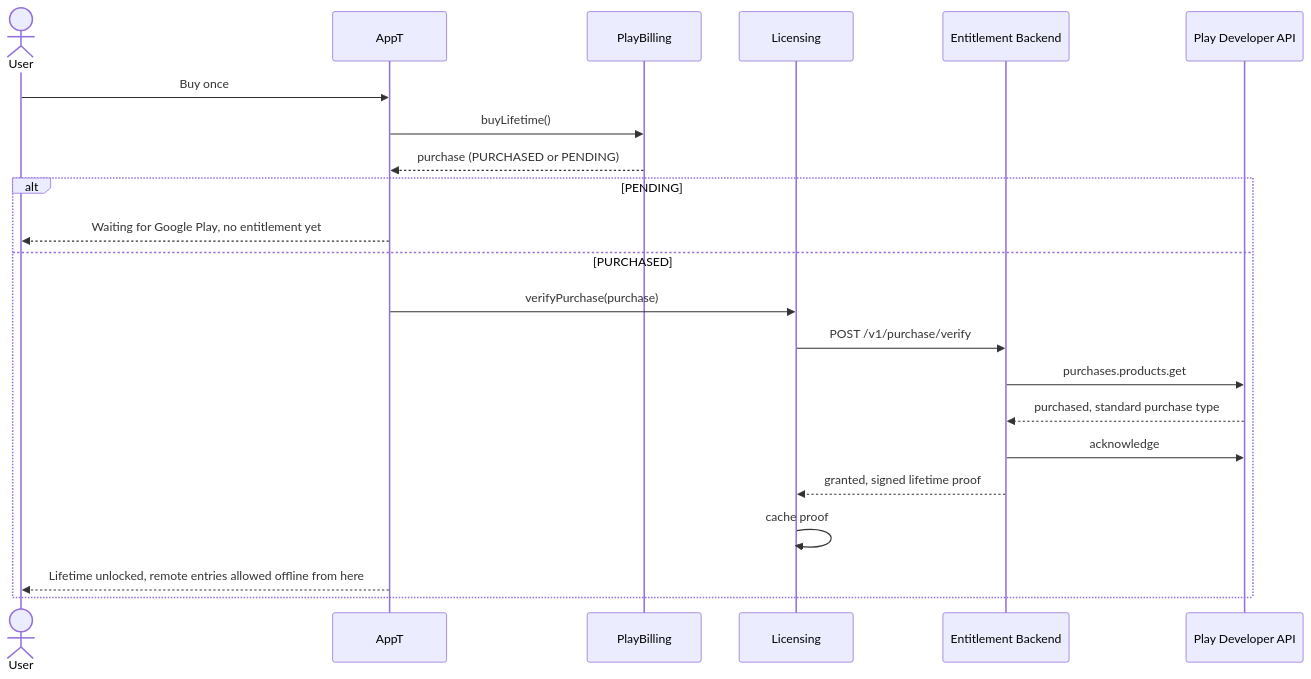
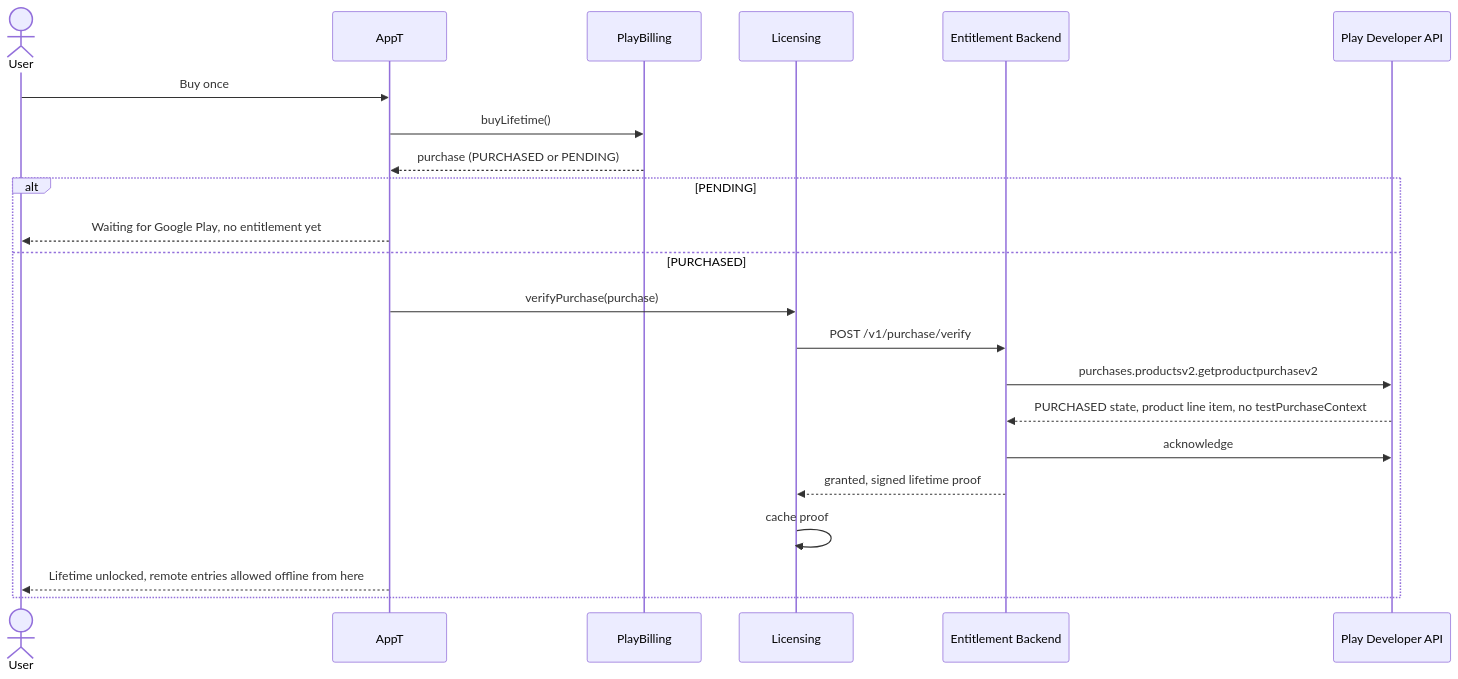
The fifth of 14 diagrams in docs/architecture/flows.md (anthracite-labs/AppT), drawn with Mermaid before and after one commit.

Commit message:
docs: align provider contracts and accessibility evidence (#94)

````diff
--- a/docs/architecture/flows.md
+++ b/docs/architecture/flows.md
@@ -143,24 +143,24 @@
 ```mermaid
 sequenceDiagram
   actor User
   participant App as AppT
   participant Play as PlayBilling
   participant Lic as Licensing
   participant Fn as Entitlement Backend
   participant Api as Play Developer API
   User->>App: Buy once
   App->>Play: buyLifetime()
   Play-->>App: purchase (PURCHASED or PENDING)
   alt PENDING
     App-->>User: Waiting for Google Play, no entitlement yet
   else PURCHASED
     App->>Lic: verifyPurchase(purchase)
     Lic->>Fn: POST /v1/purchase/verify
-    Fn->>Api: purchases.products.get
-    Api-->>Fn: purchased, standard purchase type
+    Fn->>Api: purchases.productsv2.getproductpurchasev2
+    Api-->>Fn: PURCHASED state, product line item, no testPurchaseContext
     Fn->>Api: acknowledge
     Fn-->>Lic: granted, signed lifetime proof
     Lic->>Lic: cache proof
     App-->>User: Lifetime unlocked, remote entries allowed offline from here
   end
 ```
````
